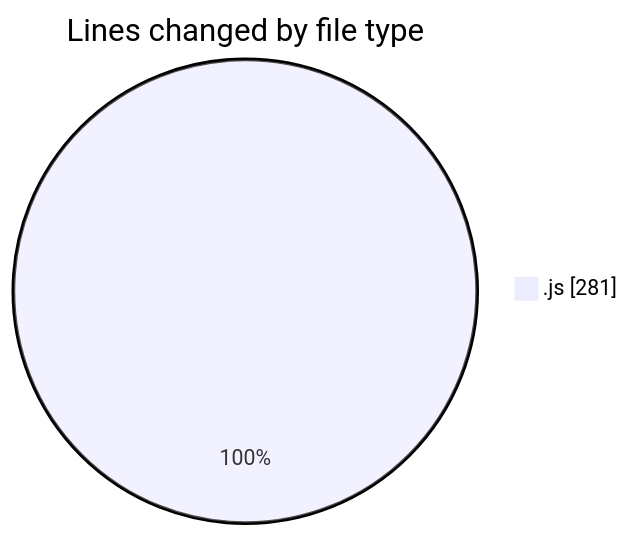
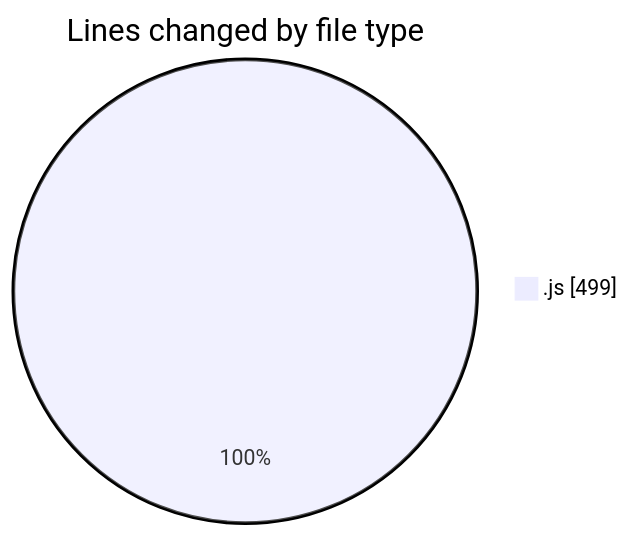
One commit to Ritupan-Deka/code-tracking changed the first of 2 diagrams in 2025-07-26/javascript/README.md. Above: the diagram before and after it, drawn with Mermaid. The commit also changed other lines of this file and 1 other file, not shown here.

````diff
--- a/2025-07-26/javascript/README.md
+++ b/2025-07-26/javascript/README.md
@@ -20,5 +20,5 @@
 ```mermaid
 pie showData
 title Lines changed by file type
-".js" : 281
+".js" : 499
 ```
````
